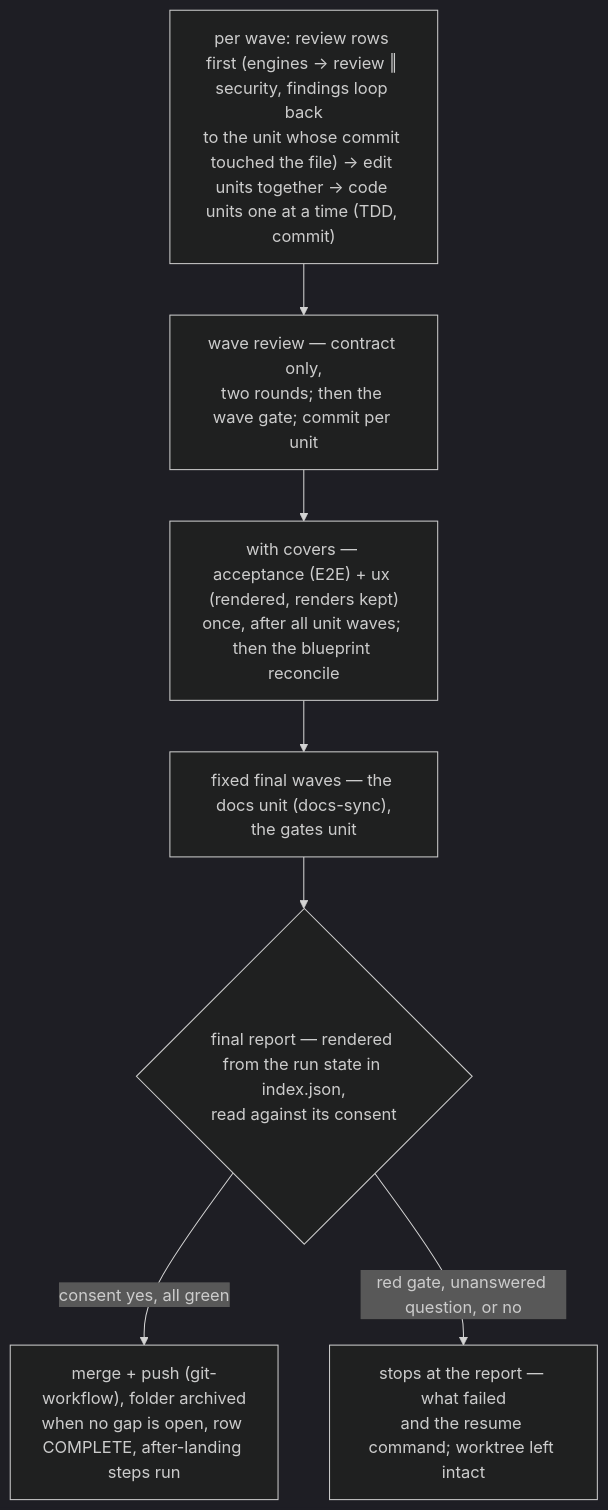
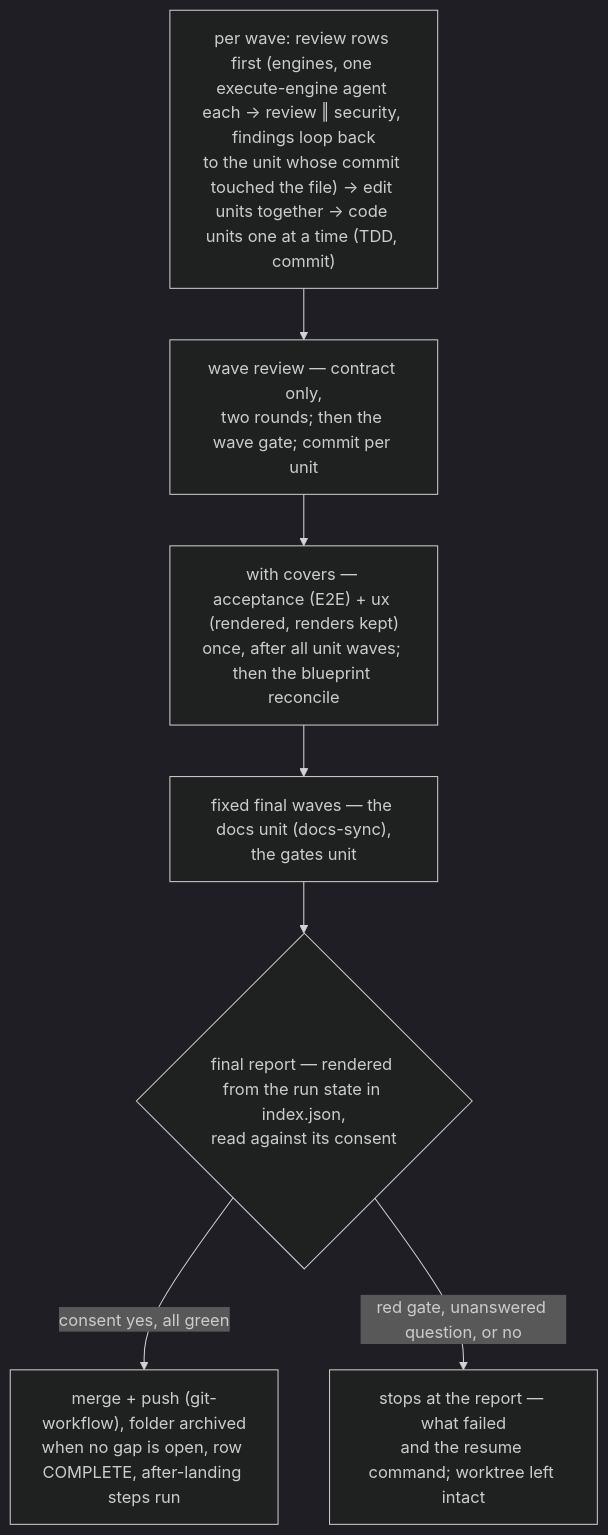
One commit to virajp/claude-plugins changed the second of 2 diagrams in site/src/content/docs/plugins/vwf.md. Above: the diagram before and after it, drawn with Mermaid (dark theme). The commit also changed other lines of this file and 3 other files, not shown here.

Commit message:
docs: engines run in their own agent; a runner always returns its block

````diff
--- a/site/src/content/docs/plugins/vwf.md
+++ b/site/src/content/docs/plugins/vwf.md
@@ -2868,9 +2874,9 @@
 ```mermaid
 flowchart TD
-    W["per wave: review rows first (engines → review ‖ security, findings loop back<br/>to the unit whose commit touched the file) → edit units together → code units one at a time (TDD, commit)"] --> R["wave review — contract only,<br/>two rounds; then the wave gate; commit per unit"]
+    W["per wave: review rows first (engines, one execute-engine agent each → review ‖ security, findings loop back<br/>to the unit whose commit touched the file) → edit units together → code units one at a time (TDD, commit)"] --> R["wave review — contract only,<br/>two rounds; then the wave gate; commit per unit"]
     R --> AX["with covers — acceptance (E2E) + ux (rendered, renders kept)<br/>once, after all unit waves; then the blueprint reconcile"]
     AX --> F["fixed final waves — the docs unit (docs-sync),<br/>the gates unit"]
     F --> G{"final report — rendered from the run state in index.json,<br/>read against its consent"}
     G -->|consent yes, all green| M["merge + push (git-workflow), folder archived<br/>when no gap is open, row COMPLETE, after-landing steps run"]
     G -->|red gate, unanswered question, or no| S["stops at the report — what failed<br/>and the resume command; worktree left intact"]
 ```
````
